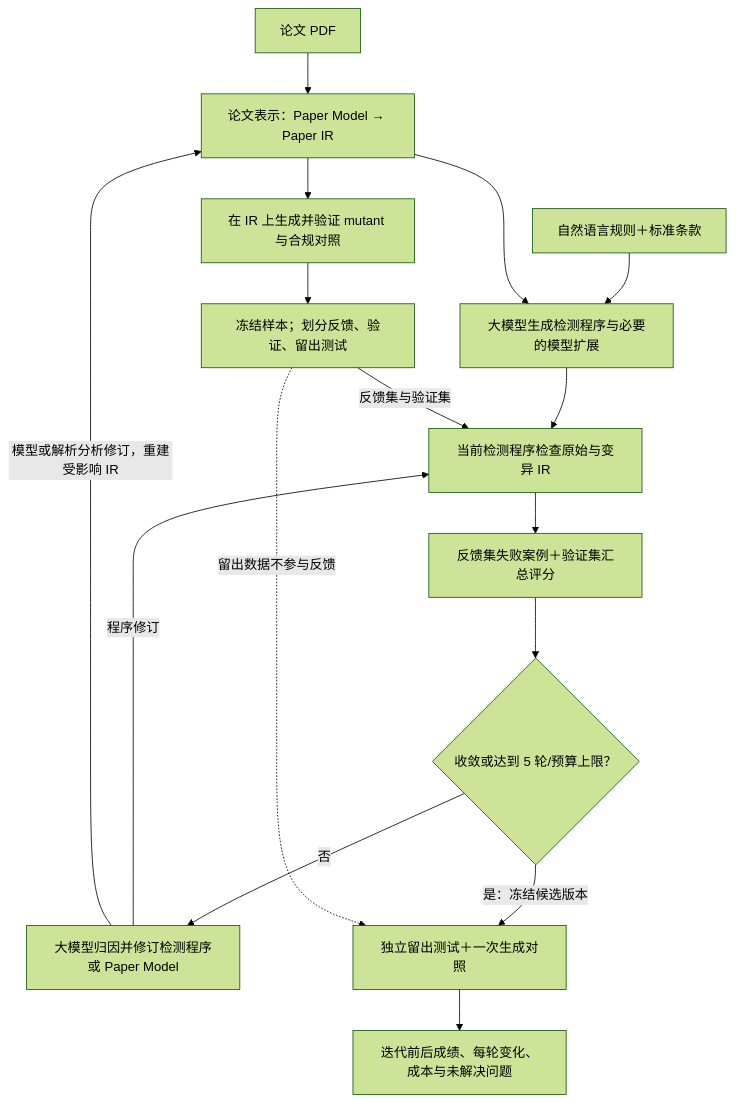
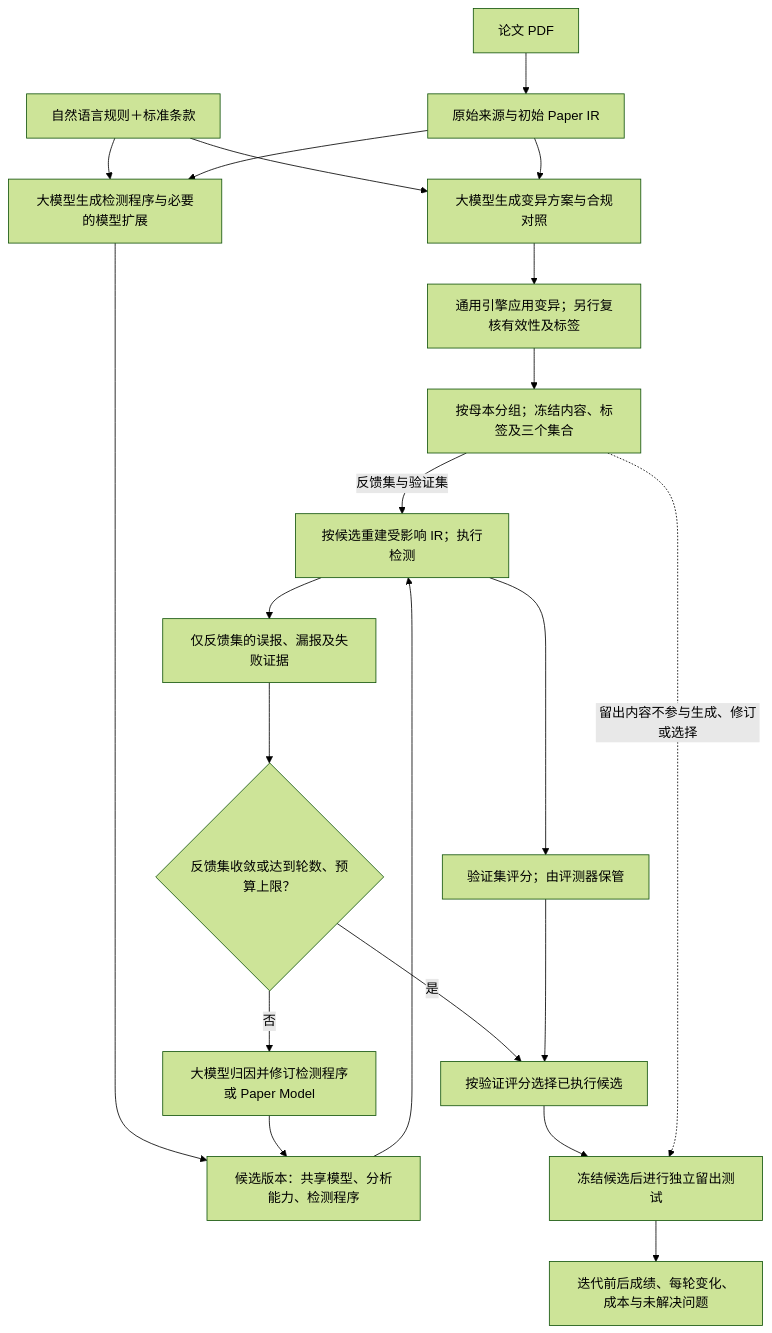
Before and after one commit to code-philia/smart-degree-review-system: the first of 2 diagrams in docs/superpowers/specs/2026-10-18-mutant-feedback-framework-design.md, drawn with Mermaid (forest theme). The commit also changed other lines of this file, not shown here.

````diff
--- a/docs/superpowers/specs/2026-10-18-mutant-feedback-framework-design.md
+++ b/docs/superpowers/specs/2026-10-18-mutant-feedback-framework-design.md
@@ -43,18 +46,23 @@
 ```mermaid
 flowchart TD
-    PDF[论文 PDF] --> REP[论文表示：Paper Model → Paper IR]
-    RULE[自然语言规则＋标准条款] --> GEN[大模型生成检测程序与必要的模型扩展]
+    PDF[论文 PDF] --> REP[原始来源与初始 Paper IR]
+    RULE[自然语言规则＋标准条款] --> MUT[大模型生成变异方案与合规对照]
+    REP --> MUT
+    MUT --> VERIFY[通用引擎应用变异；另行复核有效性及标签]
+    VERIFY --> SPLIT[按母本分组；冻结内容、标签及三个集合]
+    RULE --> GEN[大模型生成检测程序与必要的模型扩展]
     REP --> GEN
-    REP --> MUT[在 IR 上生成并验证 mutant 与合规对照]
-    MUT --> SPLIT[冻结样本；划分反馈、验证、留出测试]
-    GEN --> RUN[当前检测程序检查原始与变异 IR]
+    GEN --> STATE[候选版本：共享模型、分析能力、检测程序]
+    STATE --> RUN[按候选重建受影响 IR；执行检测]
     SPLIT -->|反馈集与验证集| RUN
-    RUN --> FB[反馈集失败案例＋验证集汇总评分]
-    FB --> STOP{收敛或达到 5 轮/预算上限？}
+    RUN --> FB[仅反馈集的误报、漏报及失败证据]
+    RUN --> VAL[验证集评分；由评测器保管]
+    FB --> STOP{反馈集收敛或达到轮数、预算上限？}
     STOP -->|否| REFINE[大模型归因并修订检测程序或 Paper Model]
-    REFINE -->|程序修订| RUN
-    REFINE -->|模型或解析分析修订，重建受影响 IR| REP
-    STOP -->|是：冻结候选版本| TEST[独立留出测试＋一次生成对照]
-    SPLIT -. 留出数据不参与反馈 .-> TEST
+    REFINE --> STATE
+    STOP -->|是| SELECT[按验证评分选择已执行候选]
+    VAL --> SELECT
+    SELECT --> TEST[冻结候选后进行独立留出测试]
+    SPLIT -. 留出内容不参与生成、修订或选择 .-> TEST
     TEST --> REPORT[迭代前后成绩、每轮变化、成本与未解决问题]
 ```
````
